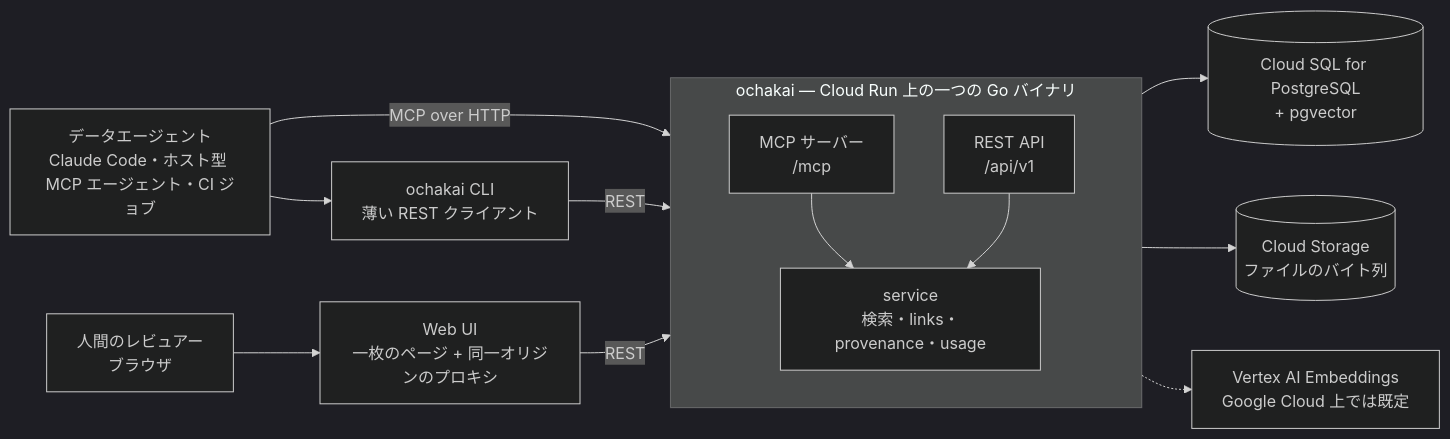
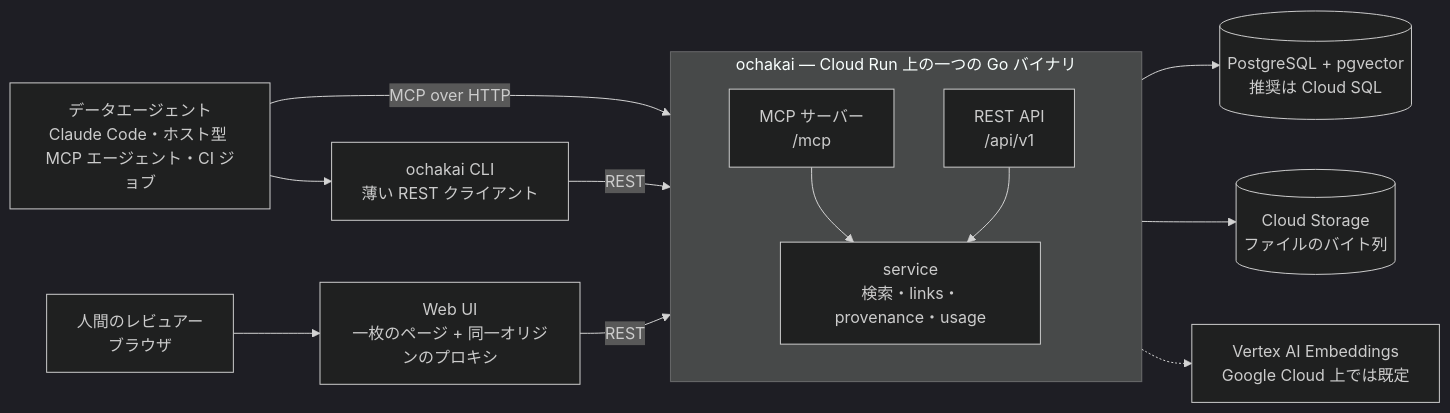
One commit to na0fu3y/ochakai changed the diagram in docs/architecture.md. Above: the diagram before and after it, drawn with Mermaid (dark theme). The commit also changed 12 other files, not shown here.

````diff
--- a/docs/architecture.md
+++ b/docs/architecture.md
@@ -19,29 +19,29 @@
 ```mermaid
 flowchart LR
   A["データエージェント<br/>Claude Code・ホスト型 MCP エージェント・CI ジョブ"]
   H["人間のレビュアー<br/>ブラウザ"]
   CLI["ochakai CLI<br/>薄い REST クライアント"]
   UI["Web UI<br/>一枚のページ + 同一オリジンのプロキシ"]
 
   subgraph SRV["ochakai — Cloud Run 上の一つの Go バイナリ"]
     direction TB
     M["MCP サーバー<br/>/mcp"]
     R["REST API<br/>/api/v1"]
     SVC["service<br/>検索・links・provenance・usage"]
     M --> SVC
     R --> SVC
   end
 
-  PG[("Cloud SQL for PostgreSQL<br/>+ pgvector")]
+  PG[("PostgreSQL + pgvector<br/>推奨は Cloud SQL")]
   GCS[("Cloud Storage<br/>ファイルのバイト列")]
   VX["Vertex AI Embeddings<br/>Google Cloud 上では既定"]
 
   A -->|MCP over HTTP| M
   A --> CLI
   H --> UI
   CLI -->|REST| R
   UI -->|REST| R
   SVC --> PG
   SVC --> GCS
   SVC -.-> VX
 ```
````
